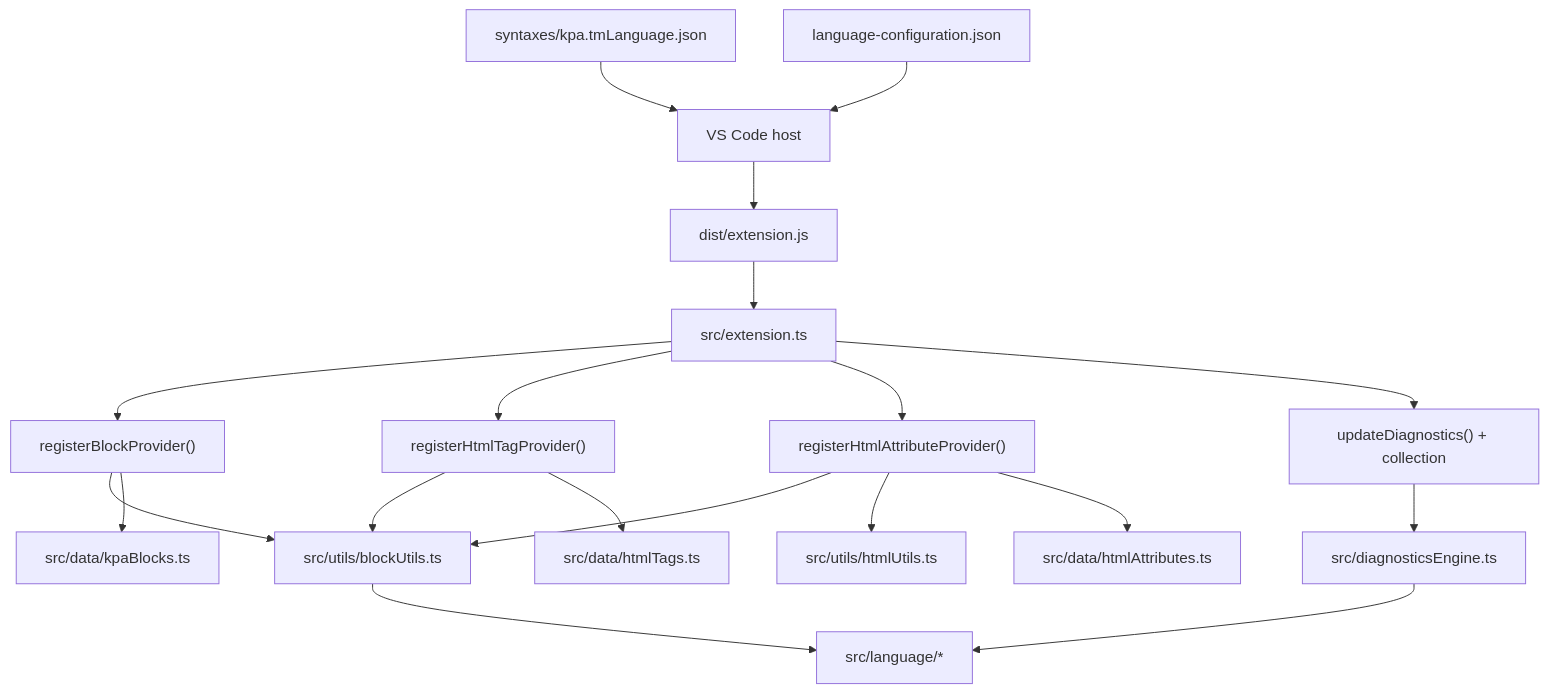
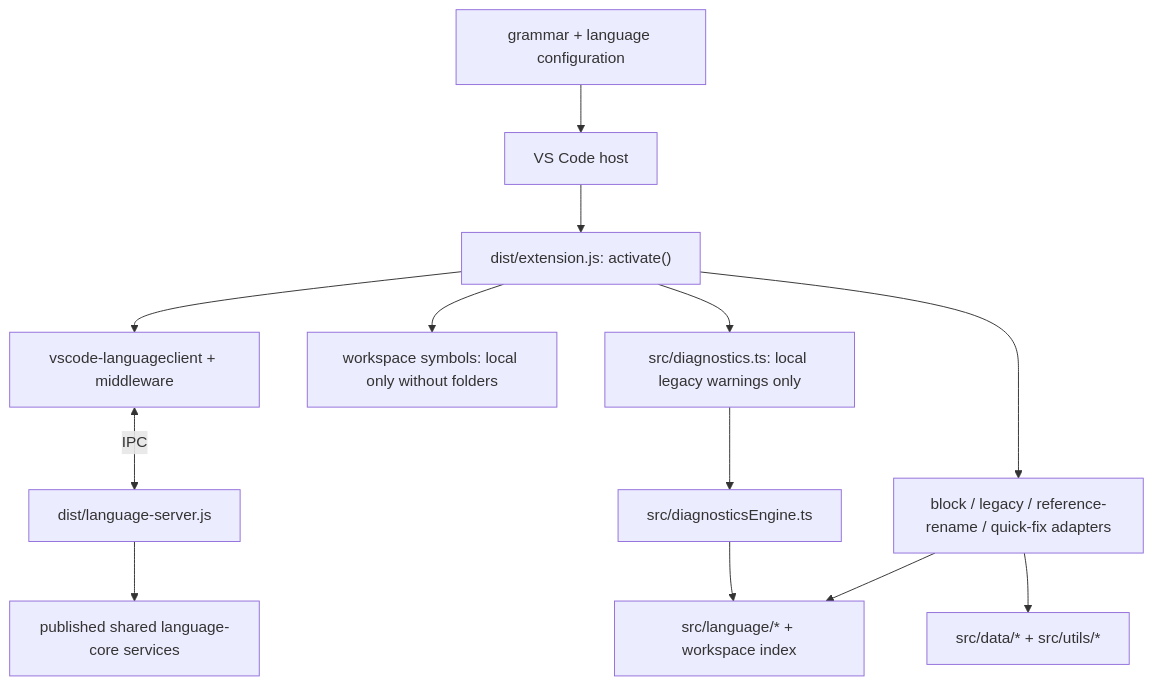
One commit to koppajs/koppajs-vscode-extension changed the diagram in ARCHITECTURE.md. Above: the diagram before and after it, drawn with Mermaid. The commit also changed other lines of this file and 88 other files, not shown here.

````diff
--- a/ARCHITECTURE.md
+++ b/ARCHITECTURE.md
@@ -23,21 +23,15 @@
 ```mermaid
 flowchart TD
-  VSCode["VS Code host"] --> Bundle["dist/extension.js"]
-  Bundle --> Activate["src/extension.ts"]
-  Activate --> BlockProvider["registerBlockProvider()"]
-  Activate --> TagProvider["registerHtmlTagProvider()"]
-  Activate --> AttrProvider["registerHtmlAttributeProvider()"]
-  Activate --> Diagnostics["updateDiagnostics() + collection"]
-  BlockProvider --> BlockUtils["src/utils/blockUtils.ts"]
-  TagProvider --> BlockUtils
-  AttrProvider --> BlockUtils
-  BlockUtils --> LanguageModel["src/language/*"]
-  AttrProvider --> HtmlUtils["src/utils/htmlUtils.ts"]
-  Diagnostics --> DiagnosticsEngine["src/diagnosticsEngine.ts"]
-  DiagnosticsEngine --> LanguageModel
-  TagProvider --> HtmlTags["src/data/htmlTags.ts"]
-  AttrProvider --> HtmlAttributes["src/data/htmlAttributes.ts"]
-  BlockProvider --> BlockCatalog["src/data/kpaBlocks.ts"]
-  Grammar["syntaxes/kpa.tmLanguage.json"] --> VSCode
-  LangCfg["language-configuration.json"] --> VSCode
+  VSCode["VS Code host"] --> Activate["dist/extension.js: activate()"]
+  Activate --> Client["vscode-languageclient + middleware"]
+  Client <-->|IPC| Server["dist/language-server.js"]
+  Server --> Shared["published shared language-core services"]
+  Activate --> Local["block / legacy / reference-rename / quick-fix adapters"]
+  Activate --> Fallback["workspace symbols: local only without folders"]
+  Local --> Model["src/language/* + workspace index"]
+  Local --> Data["src/data/* + src/utils/*"]
+  Activate --> Diagnostics["src/diagnostics.ts: local legacy warnings only"]
+  Diagnostics --> Engine["src/diagnosticsEngine.ts"]
+  Engine --> Model
+  Grammar["grammar + language configuration"] --> VSCode
 ```
````
